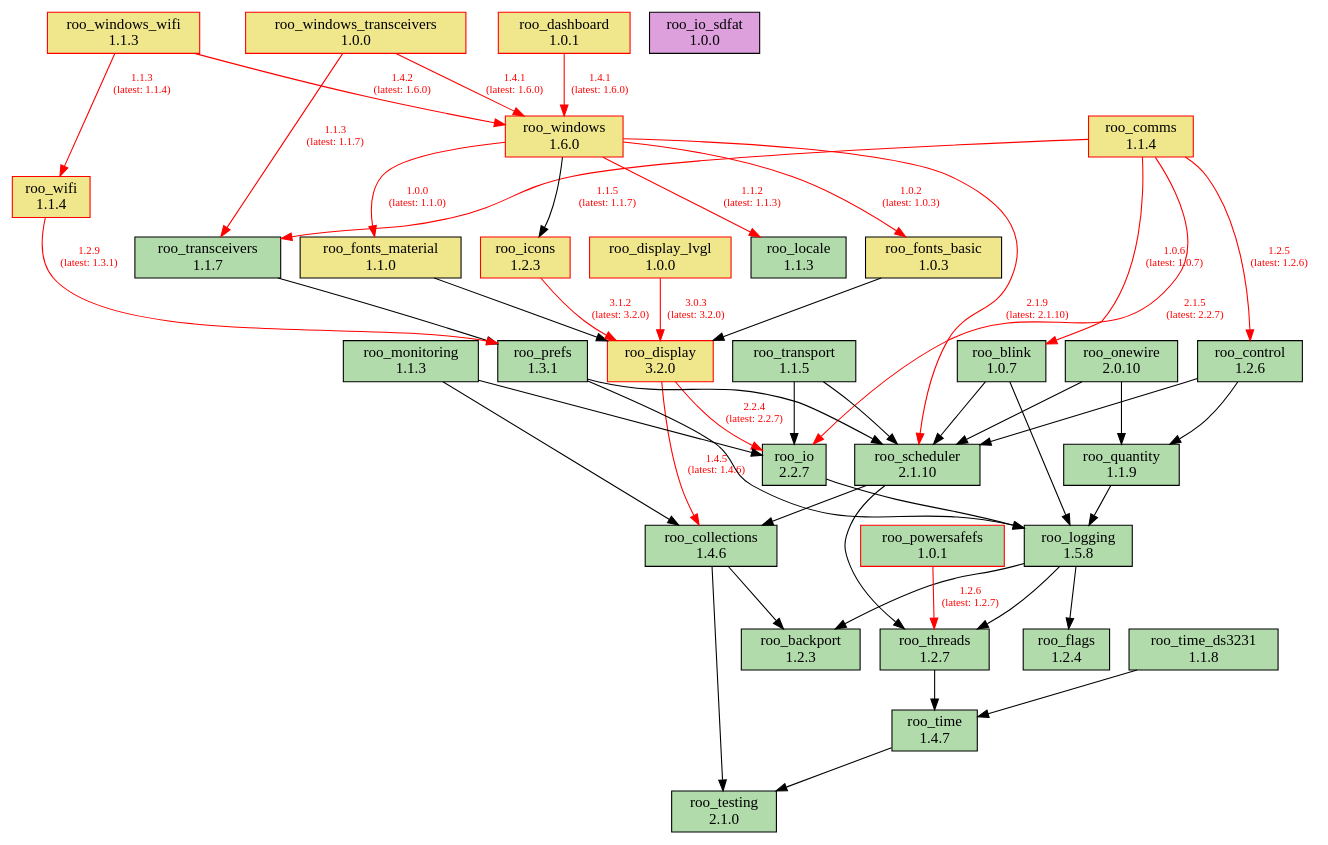
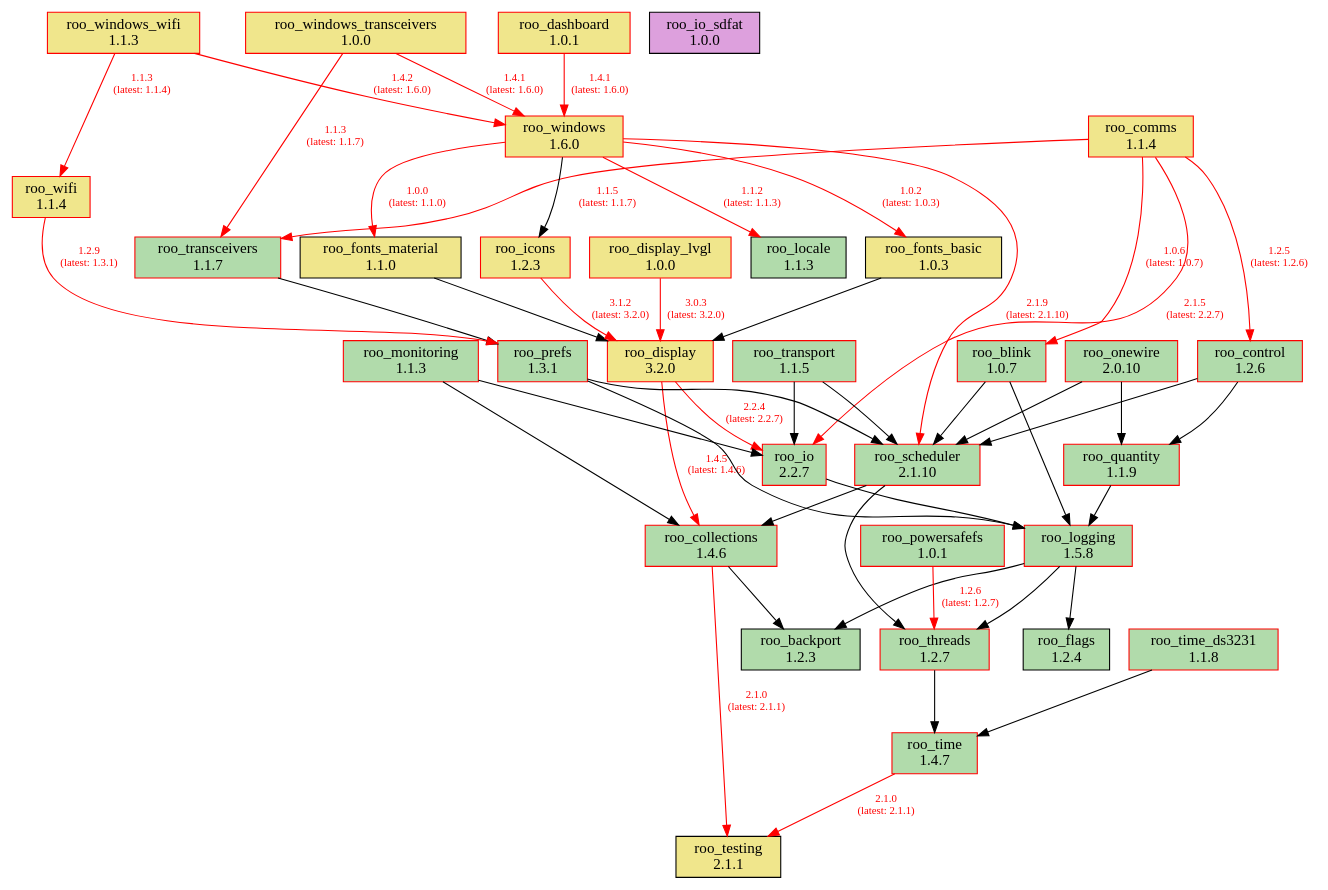
Before and after one commit to dejwk/roo-registry: the diagram in doc/dependencies.dot, drawn with Graphviz. The commit also changed 3 other files, not shown here.

Commit message:
Added roo_testing 2.1.1 to the registry.

```diff
--- a/doc/dependencies.dot
+++ b/doc/dependencies.dot
@@ -1,88 +1,88 @@
 digraph dependencies {
     rankdir=TB;
     node [shape=box, style=filled];
     edge [fontsize=10];
 
     // Modules
     "roo_backport" [label="roo_backport\n1.2.3", fillcolor="#b1dbab", color="black"];
-    "roo_blink" [label="roo_blink\n1.0.7", fillcolor="#b1dbab", color="black"];
-    "roo_collections" [label="roo_collections\n1.4.6", fillcolor="#b1dbab", color="black"];
+    "roo_blink" [label="roo_blink\n1.0.7", fillcolor="#b1dbab", color="red"];
+    "roo_collections" [label="roo_collections\n1.4.6", fillcolor="#b1dbab", color="red"];
     "roo_comms" [label="roo_comms\n1.1.4", fillcolor="khaki", color="red"];
-    "roo_control" [label="roo_control\n1.2.6", fillcolor="#b1dbab", color="black"];
+    "roo_control" [label="roo_control\n1.2.6", fillcolor="#b1dbab", color="red"];
     "roo_dashboard" [label="roo_dashboard\n1.0.1", fillcolor="khaki", color="red"];
     "roo_display" [label="roo_display\n3.2.0", fillcolor="khaki", color="red"];
     "roo_display_lvgl" [label="roo_display_lvgl\n1.0.0", fillcolor="khaki", color="red"];
     "roo_flags" [label="roo_flags\n1.2.4", fillcolor="#b1dbab", color="black"];
     "roo_fonts_basic" [label="roo_fonts_basic\n1.0.3", fillcolor="khaki", color="black"];
     "roo_fonts_material" [label="roo_fonts_material\n1.1.0", fillcolor="khaki", color="black"];
     "roo_icons" [label="roo_icons\n1.2.3", fillcolor="khaki", color="red"];
-    "roo_io" [label="roo_io\n2.2.7", fillcolor="#b1dbab", color="black"];
+    "roo_io" [label="roo_io\n2.2.7", fillcolor="#b1dbab", color="red"];
     "roo_io_sdfat" [label="roo_io_sdfat\n1.0.0", fillcolor="plum", color="black"];
     "roo_locale" [label="roo_locale\n1.1.3", fillcolor="#b1dbab", color="black"];
-    "roo_logging" [label="roo_logging\n1.5.8", fillcolor="#b1dbab", color="black"];
-    "roo_monitoring" [label="roo_monitoring\n1.1.3", fillcolor="#b1dbab", color="black"];
-    "roo_onewire" [label="roo_onewire\n2.0.10", fillcolor="#b1dbab", color="black"];
+    "roo_logging" [label="roo_logging\n1.5.8", fillcolor="#b1dbab", color="red"];
+    "roo_monitoring" [label="roo_monitoring\n1.1.3", fillcolor="#b1dbab", color="red"];
+    "roo_onewire" [label="roo_onewire\n2.0.10", fillcolor="#b1dbab", color="red"];
     "roo_powersafefs" [label="roo_powersafefs\n1.0.1", fillcolor="#b1dbab", color="red"];
-    "roo_prefs" [label="roo_prefs\n1.3.1", fillcolor="#b1dbab", color="black"];
-    "roo_quantity" [label="roo_quantity\n1.1.9", fillcolor="#b1dbab", color="black"];
-    "roo_scheduler" [label="roo_scheduler\n2.1.10", fillcolor="#b1dbab", color="black"];
-    "roo_testing" [label="roo_testing\n2.1.0", fillcolor="#b1dbab", color="black"];
-    "roo_threads" [label="roo_threads\n1.2.7", fillcolor="#b1dbab", color="black"];
-    "roo_time" [label="roo_time\n1.4.7", fillcolor="#b1dbab", color="black"];
-    "roo_time_ds3231" [label="roo_time_ds3231\n1.1.8", fillcolor="#b1dbab", color="black"];
-    "roo_transceivers" [label="roo_transceivers\n1.1.7", fillcolor="#b1dbab", color="black"];
-    "roo_transport" [label="roo_transport\n1.1.5", fillcolor="#b1dbab", color="black"];
+    "roo_prefs" [label="roo_prefs\n1.3.1", fillcolor="#b1dbab", color="red"];
+    "roo_quantity" [label="roo_quantity\n1.1.9", fillcolor="#b1dbab", color="red"];
+    "roo_scheduler" [label="roo_scheduler\n2.1.10", fillcolor="#b1dbab", color="red"];
+    "roo_testing" [label="roo_testing\n2.1.1", fillcolor="khaki", color="black"];
+    "roo_threads" [label="roo_threads\n1.2.7", fillcolor="#b1dbab", color="red"];
+    "roo_time" [label="roo_time\n1.4.7", fillcolor="#b1dbab", color="red"];
+    "roo_time_ds3231" [label="roo_time_ds3231\n1.1.8", fillcolor="#b1dbab", color="red"];
+    "roo_transceivers" [label="roo_transceivers\n1.1.7", fillcolor="#b1dbab", color="red"];
+    "roo_transport" [label="roo_transport\n1.1.5", fillcolor="#b1dbab", color="red"];
     "roo_wifi" [label="roo_wifi\n1.1.4", fillcolor="khaki", color="red"];
     "roo_windows" [label="roo_windows\n1.6.0", fillcolor="khaki", color="red"];
     "roo_windows_transceivers" [label="roo_windows_transceivers\n1.0.0", fillcolor="khaki", color="red"];
     "roo_windows_wifi" [label="roo_windows_wifi\n1.1.3", fillcolor="khaki", color="red"];
 
     // Dependencies
     "roo_blink" -> "roo_logging";
     "roo_blink" -> "roo_scheduler";
-    "roo_collections" -> "roo_testing";
+    "roo_collections" -> "roo_testing" [color=red, fontcolor=red, label="2.1.0\n(latest: 2.1.1)"];
     "roo_collections" -> "roo_backport";
     "roo_comms" -> "roo_blink" [color=red, fontcolor=red, label="1.0.6\n(latest: 1.0.7)"];
     "roo_comms" -> "roo_control" [color=red, fontcolor=red, label="1.2.5\n(latest: 1.2.6)"];
     "roo_comms" -> "roo_io" [color=red, fontcolor=red, label="2.1.5\n(latest: 2.2.7)"];
     "roo_comms" -> "roo_transceivers" [color=red, fontcolor=red, label="1.1.5\n(latest: 1.1.7)"];
     "roo_control" -> "roo_quantity";
     "roo_control" -> "roo_scheduler";
     "roo_dashboard" -> "roo_windows" [color=red, fontcolor=red, label="1.4.1\n(latest: 1.6.0)"];
     "roo_display" -> "roo_collections" [color=red, fontcolor=red, label="1.4.5\n(latest: 1.4.6)"];
     "roo_display" -> "roo_io" [color=red, fontcolor=red, label="2.2.4\n(latest: 2.2.7)"];
     "roo_display_lvgl" -> "roo_display" [color=red, fontcolor=red, label="3.0.3\n(latest: 3.2.0)"];
     "roo_fonts_basic" -> "roo_display";
     "roo_fonts_material" -> "roo_display";
     "roo_icons" -> "roo_display" [color=red, fontcolor=red, label="3.1.2\n(latest: 3.2.0)"];
     "roo_io" -> "roo_logging";
     "roo_logging" -> "roo_backport";
     "roo_logging" -> "roo_flags";
     "roo_logging" -> "roo_threads";
     "roo_monitoring" -> "roo_collections";
     "roo_monitoring" -> "roo_io";
     "roo_onewire" -> "roo_scheduler";
     "roo_onewire" -> "roo_quantity";
     "roo_powersafefs" -> "roo_threads" [color=red, fontcolor=red, label="1.2.6\n(latest: 1.2.7)"];
     "roo_prefs" -> "roo_logging";
     "roo_prefs" -> "roo_scheduler";
     "roo_quantity" -> "roo_logging";
     "roo_scheduler" -> "roo_collections";
     "roo_scheduler" -> "roo_threads";
     "roo_threads" -> "roo_time";
-    "roo_time" -> "roo_testing";
+    "roo_time" -> "roo_testing" [color=red, fontcolor=red, label="2.1.0\n(latest: 2.1.1)"];
     "roo_time_ds3231" -> "roo_time";
     "roo_transceivers" -> "roo_prefs";
     "roo_transport" -> "roo_io";
     "roo_transport" -> "roo_scheduler";
     "roo_wifi" -> "roo_prefs" [color=red, fontcolor=red, label="1.2.9\n(latest: 1.3.1)"];
     "roo_windows" -> "roo_fonts_basic" [color=red, fontcolor=red, label="1.0.2\n(latest: 1.0.3)"];
     "roo_windows" -> "roo_fonts_material" [color=red, fontcolor=red, label="1.0.0\n(latest: 1.1.0)"];
     "roo_windows" -> "roo_locale" [color=red, fontcolor=red, label="1.1.2\n(latest: 1.1.3)"];
     "roo_windows" -> "roo_icons";
     "roo_windows" -> "roo_scheduler" [color=red, fontcolor=red, label="2.1.9\n(latest: 2.1.10)"];
     "roo_windows_transceivers" -> "roo_transceivers" [color=red, fontcolor=red, label="1.1.3\n(latest: 1.1.7)"];
     "roo_windows_transceivers" -> "roo_windows" [color=red, fontcolor=red, label="1.4.1\n(latest: 1.6.0)"];
     "roo_windows_wifi" -> "roo_wifi" [color=red, fontcolor=red, label="1.1.3\n(latest: 1.1.4)"];
     "roo_windows_wifi" -> "roo_windows" [color=red, fontcolor=red, label="1.4.2\n(latest: 1.6.0)"];
 }
```
